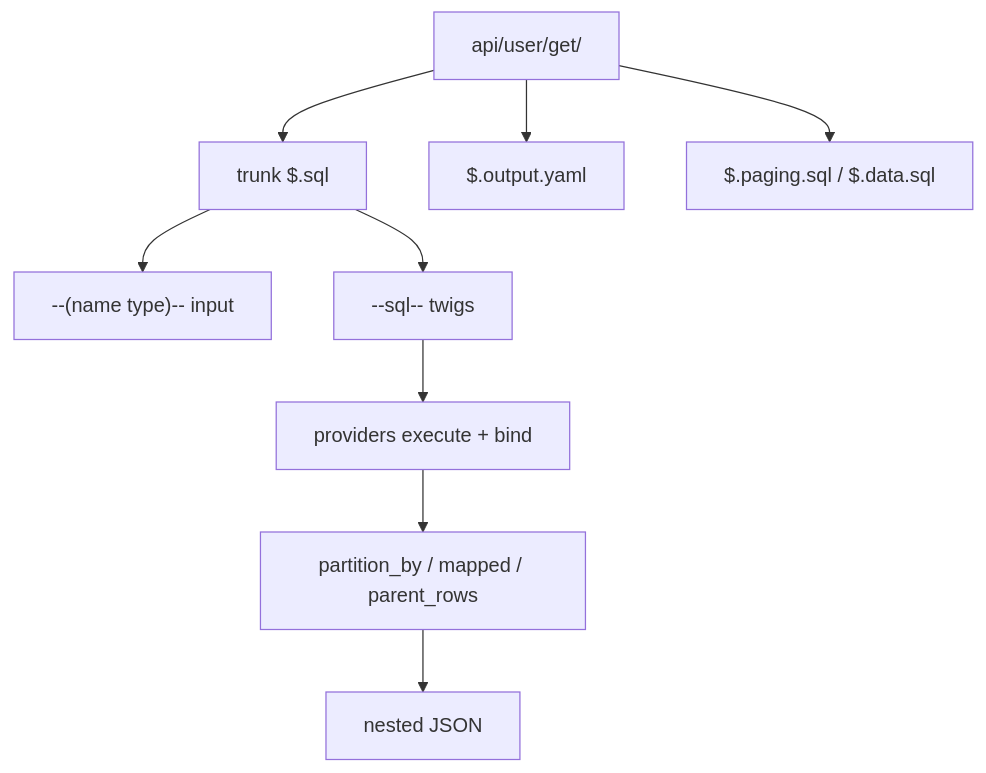
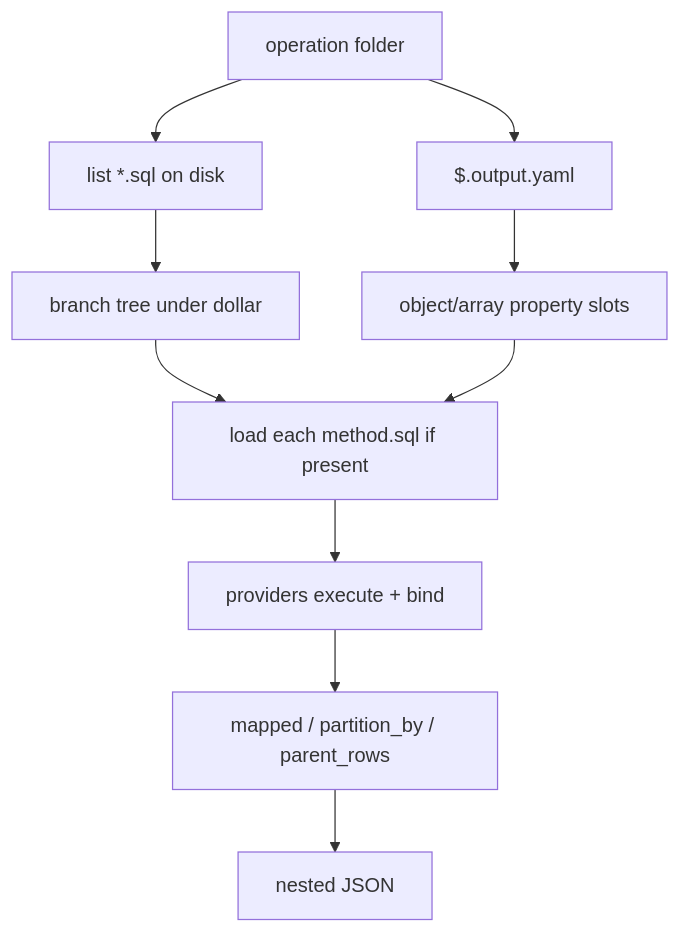
One commit to kirubasankars/yaal changed the diagram in docs/descriptors.md. Above: the diagram before and after it, drawn with Mermaid. The commit also changed other lines of this file and 2 other files, not shown here.

Commit message:
Clarify filesystem-first SQL naming vs output shaping in docs.

````diff
--- a/docs/descriptors.md
+++ b/docs/descriptors.md
@@ -7,11 +7,12 @@
 ```mermaid
 flowchart TD
-  op["api/user/get/"] --> trunk["trunk $.sql"]
+  op["operation folder"] --> sqlFiles["list *.sql on disk"]
   op --> output["$.output.yaml"]
-  op --> branches["$.paging.sql / $.data.sql"]
-  trunk --> header["--(name type)-- input"]
-  trunk --> twigs["--sql-- twigs"]
-  twigs --> exec["providers execute + bind"]
-  exec --> shape["partition_by / mapped / parent_rows"]
+  sqlFiles --> tree["branch tree under dollar"]
+  output --> shapeSlots["object/array property slots"]
+  tree --> load["load each method.sql if present"]
+  shapeSlots --> load
+  load --> exec["providers execute + bind"]
+  exec --> shape["mapped / partition_by / parent_rows"]
   shape --> json["nested JSON"]
 ```
````
